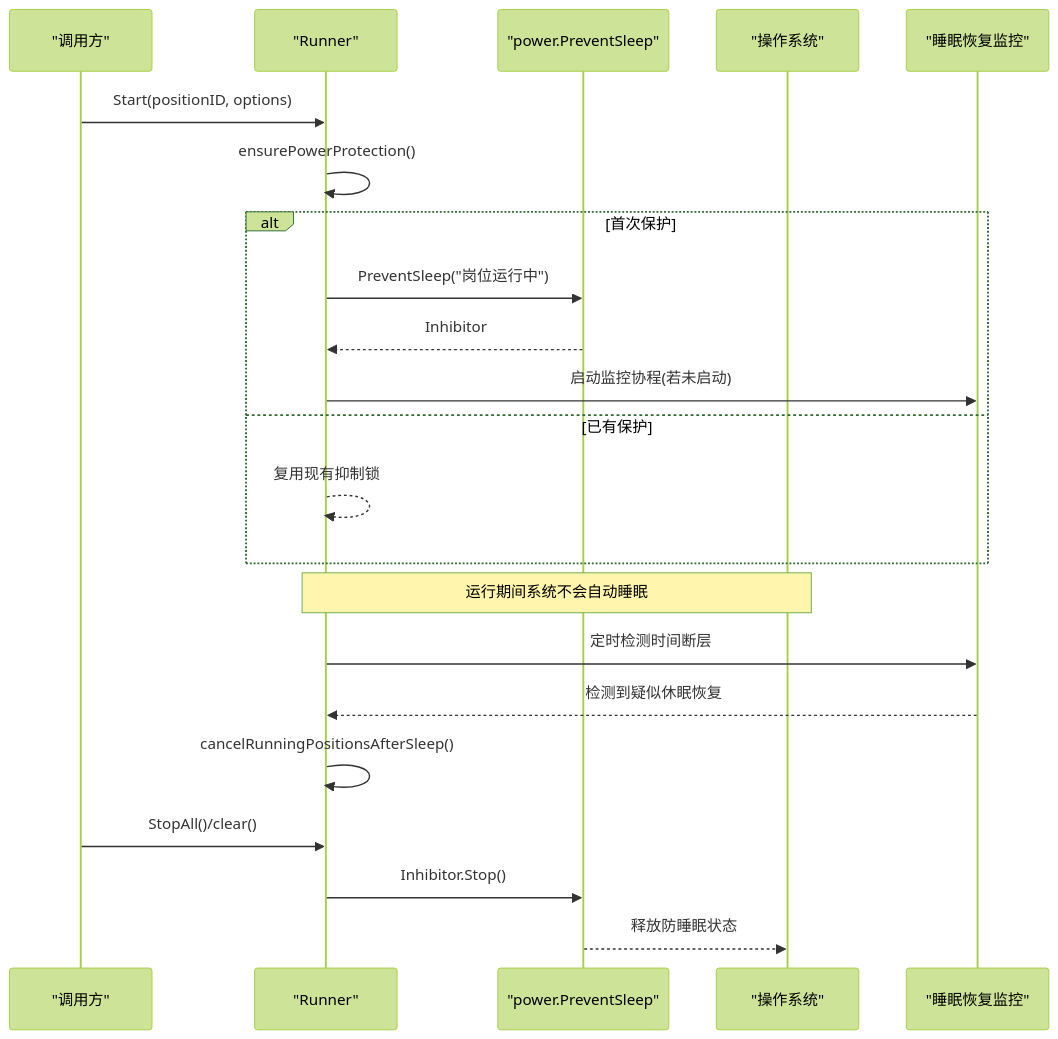
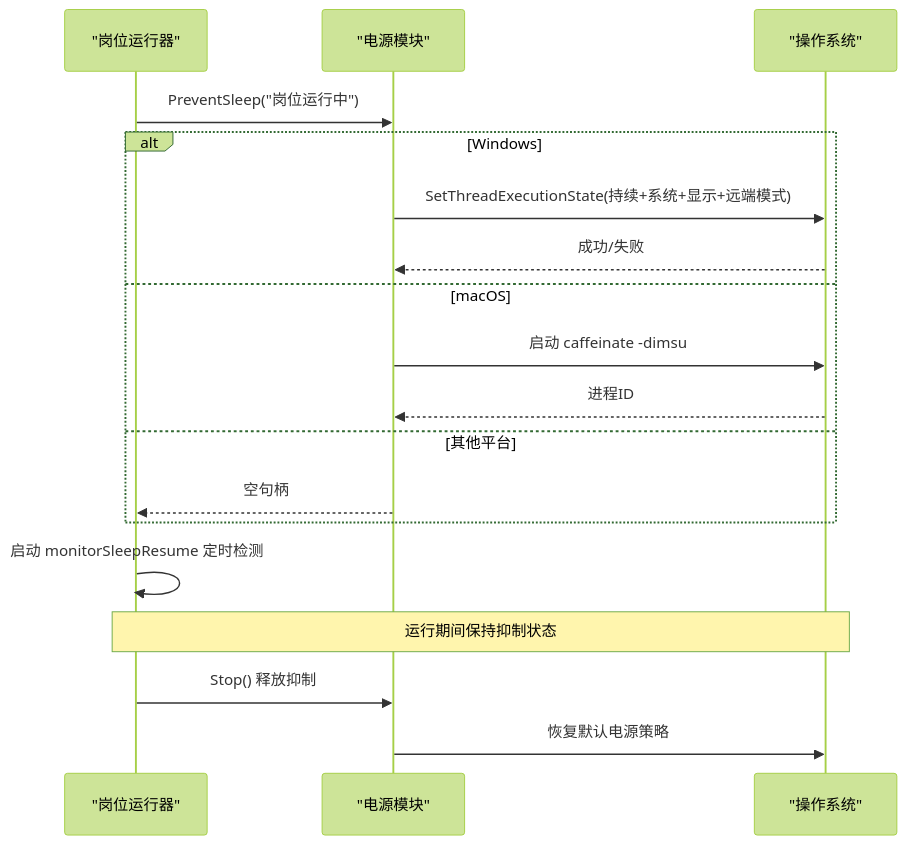
Before and after one commit to alvinwangzi/goodhr: the second of 7 diagrams in .qoder/repowiki/zh/content/本地执行器/任务调度/电源管理.md, drawn with Mermaid (forest theme). The commit also changed other lines of this file and 149 other files, not shown here.

````diff
--- a/.qoder/repowiki/zh/content/本地执行器/任务调度/电源管理.md
+++ b/.qoder/repowiki/zh/content/本地执行器/任务调度/电源管理.md
@@ -94,24 +81,20 @@
 ```mermaid
 sequenceDiagram
-participant Caller as "调用方"
-participant Runner as "Runner"
-participant Power as "power.PreventSleep"
+participant App as "岗位运行器"
+participant Power as "电源模块"
 participant OS as "操作系统"
-participant Monitor as "睡眠恢复监控"
-Caller->>Runner : Start(positionID, options)
-Runner->>Runner : ensurePowerProtection()
-alt 首次保护
-Runner->>Power : PreventSleep("岗位运行中")
-Power-->>Runner : Inhibitor
-Runner->>Monitor : 启动监控协程(若未启动)
-else 已有保护
-Runner-->>Runner : 复用现有抑制锁
+App->>Power : PreventSleep("岗位运行中")
+alt Windows
+Power->>OS : SetThreadExecutionState(持续+系统+显示+远端模式)
+OS-->>Power : 成功/失败
+else macOS
+Power->>OS : 启动 caffeinate -dimsu
+OS-->>Power : 进程ID
+else 其他平台
+Power-->>App : 空句柄
 end
-Note over Runner,OS : 运行期间系统不会自动睡眠
-Runner->>Monitor : 定时检测时间断层
-Monitor-->>Runner : 检测到疑似休眠恢复
-Runner->>Runner : cancelRunningPositionsAfterSleep()
-Caller->>Runner : StopAll()/clear()
-Runner->>Power : Inhibitor.Stop()
-Power-->>OS : 释放防睡眠状态
+App->>App : 启动 monitorSleepResume 定时检测
+Note over App,OS : 运行期间保持抑制状态
+App->>Power : Stop() 释放抑制
+Power->>OS : 恢复默认电源策略
 ```
````
